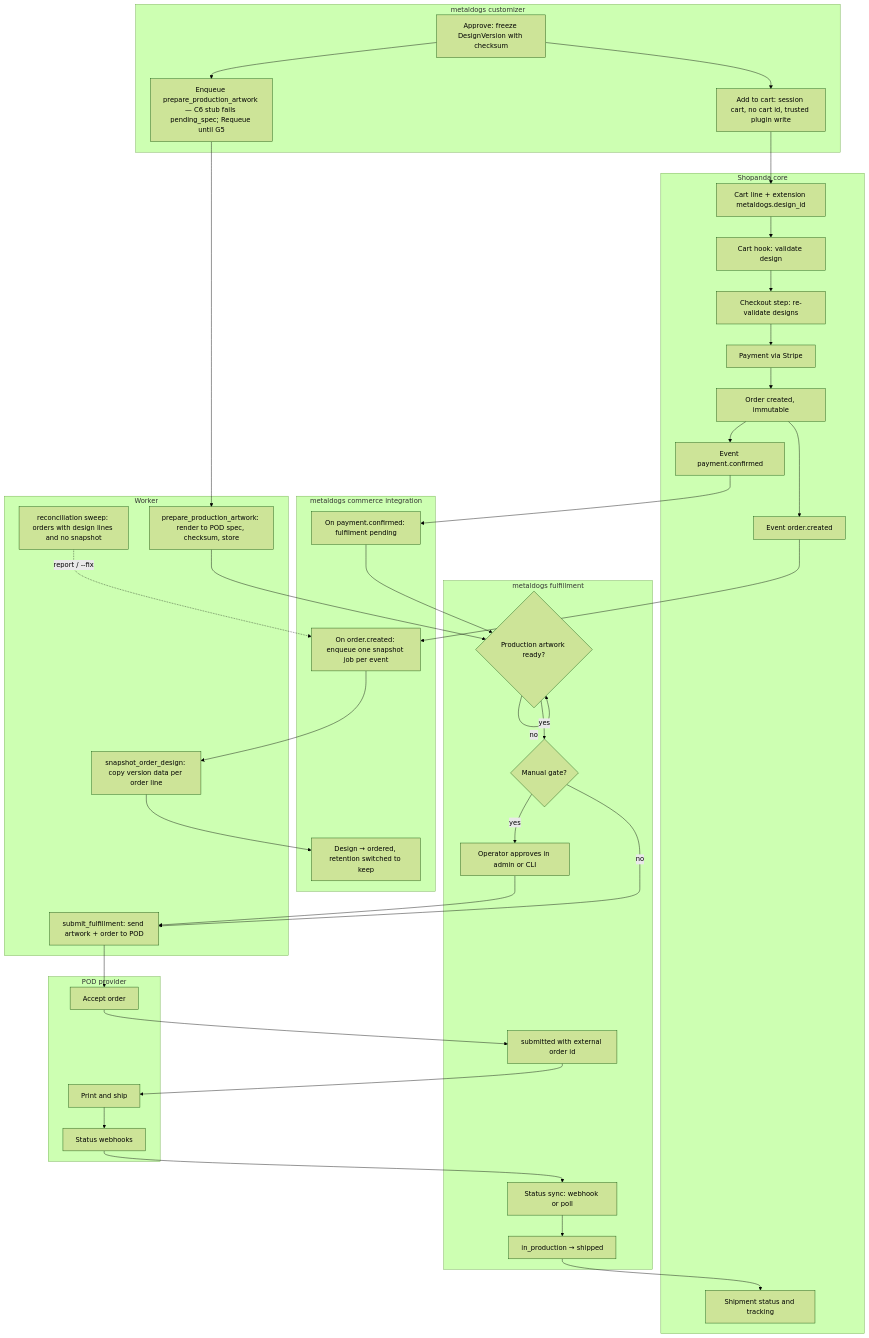
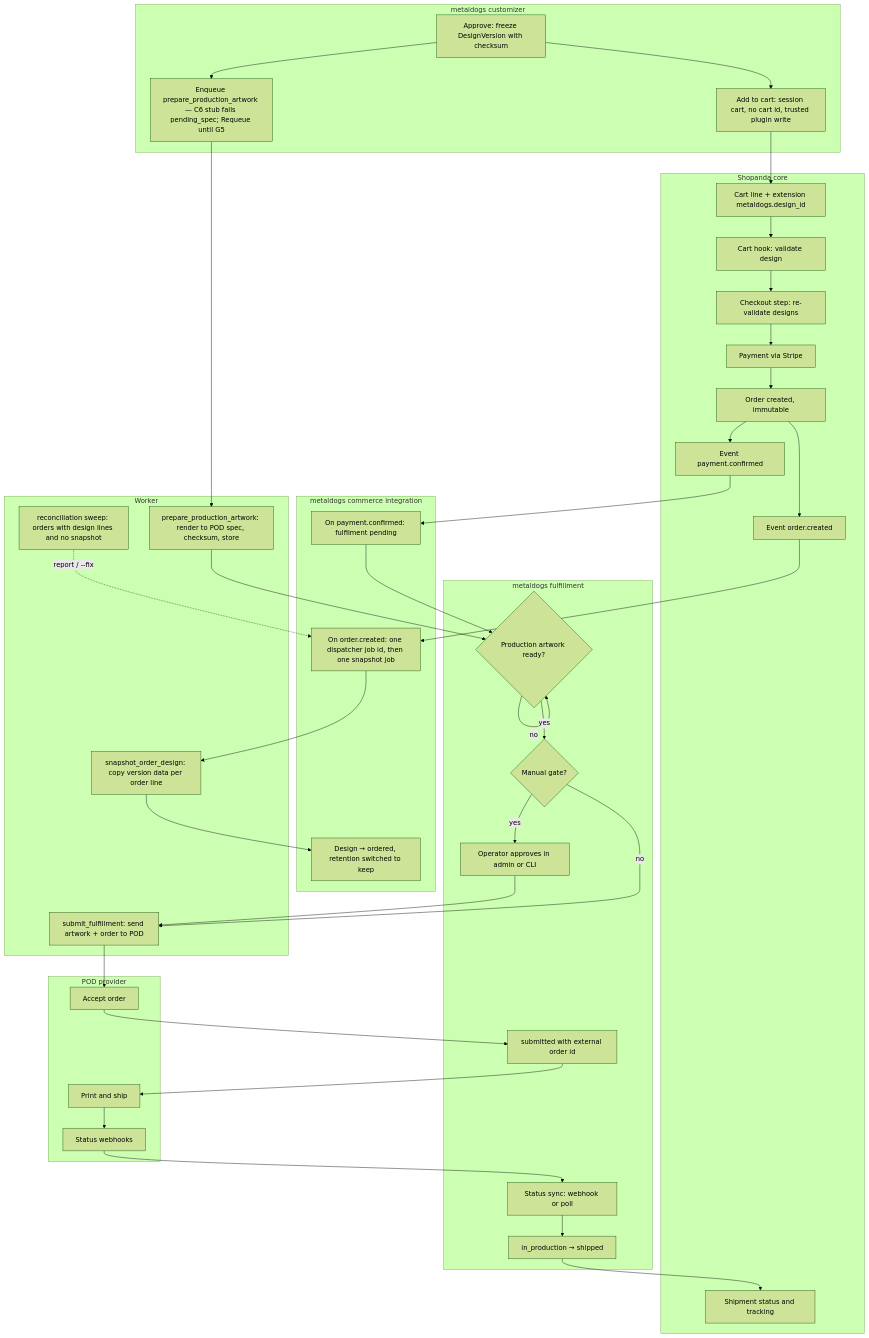
The first of 2 diagrams in docs/architecture/flows/checkout-snapshot-and-fulfillment.md (akarso/metal_dogs), drawn with Mermaid (forest theme) before and after one commit. The commit also changed other lines of this file and 16 other files, not shown here.

````diff
--- a/docs/architecture/flows/checkout-snapshot-and-fulfillment.md
+++ b/docs/architecture/flows/checkout-snapshot-and-fulfillment.md
@@ -9,58 +9,58 @@
 ```mermaid
 flowchart TB
     subgraph customizer[metaldogs customizer]
         a1[Approve: freeze DesignVersion with checksum]
         a2[Enqueue prepare_production_artwork — C6 stub fails pending_spec; Requeue until G5]
         a3[Add to cart: session cart, no cart id, trusted plugin write]
     end
 
     subgraph worker[Worker]
         w1[prepare_production_artwork: render to POD spec, checksum, store]
         w2[snapshot_order_design: copy version data per order line]
         w3[submit_fulfillment: send artwork + order to POD]
         w4[reconciliation sweep: orders with design lines and no snapshot]
     end
 
     subgraph shopanda[Shopanda core]
         s1[Cart line + extension metaldogs.design_id]
         s2[Cart hook: validate design]
         s3[Checkout step: re-validate designs]
         s4[Payment via Stripe]
         s5[Order created, immutable]
         s6[Event order.created]
         s7[Event payment.confirmed]
         s8[Shipment status and tracking]
     end
 
     subgraph commerce[metaldogs commerce integration]
-        e1[On order.created: enqueue one snapshot job per event]
+        e1[On order.created: one dispatcher job id, then one snapshot job]
         e2[Design → ordered, retention switched to keep]
         e3[On payment.confirmed: fulfilment pending]
     end
 
     subgraph fulfillment[metaldogs fulfillment]
         f1{Production artwork ready?}
         f2{Manual gate?}
         f3[Operator approves in admin or CLI]
         f4[submitted with external order id]
         f5[Status sync: webhook or poll]
         f6[in_production → shipped]
     end
 
     subgraph pod[POD provider]
         p1[Accept order]
         p2[Print and ship]
         p3[Status webhooks]
     end
 
     a1 --> a2 --> w1
     a1 --> a3 --> s1 --> s2 --> s3 --> s4 --> s5 --> s6 --> e1 --> w2 --> e2
     s5 --> s7 --> e3 --> f1
     w1 --> f1
     f1 -- no --> f1
     f1 -- yes --> f2
     f2 -- yes --> f3 --> w3
     f2 -- no --> w3
     w3 --> p1 --> f4 --> p2 --> p3 --> f5 --> f6 --> s8
     w4 -. report / --fix .-> e1
 ```
````
